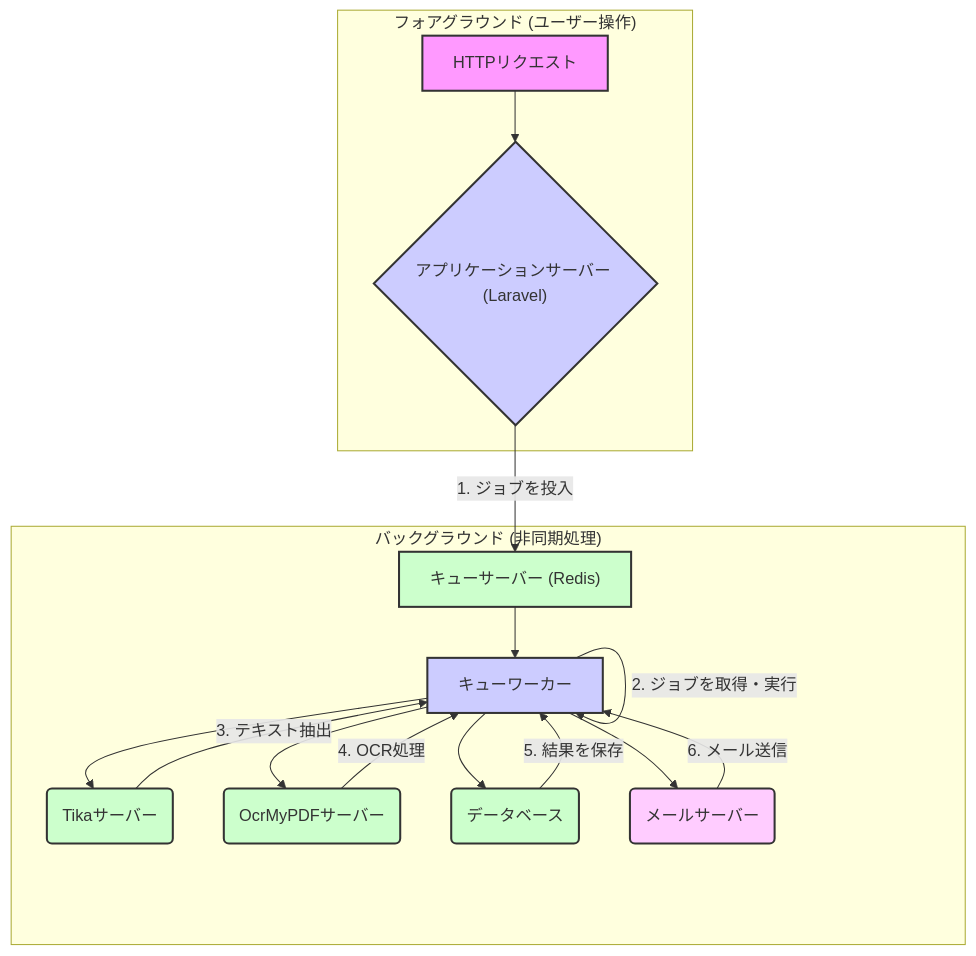
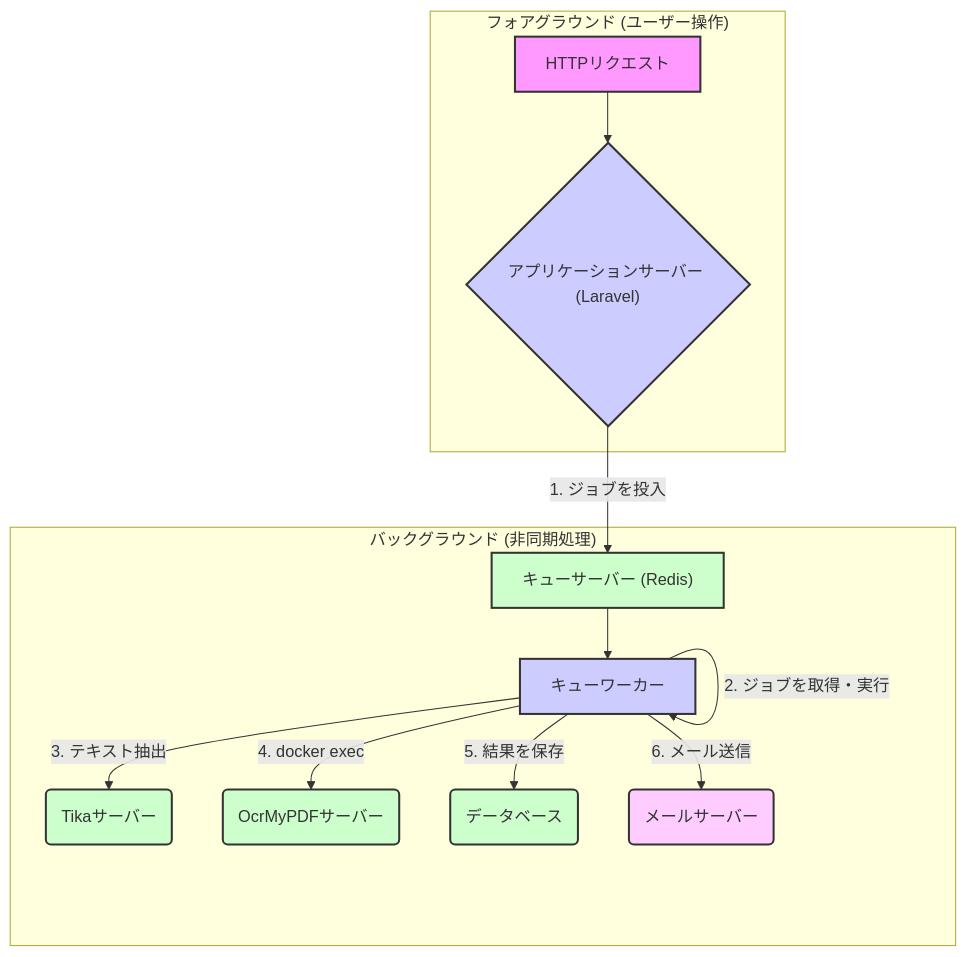
The diagram in docs/architecture/QueueProcessing.md (torinky/LedgerLeap-oss), drawn with Mermaid before and after one commit. The commit also changed other lines of this file and 1 other file, not shown here.

````diff
--- a/docs/architecture/QueueProcessing.md
+++ b/docs/architecture/QueueProcessing.md
@@ -9,30 +9,26 @@
 ```mermaid
 graph TD
     subgraph "フォアグラウンド (ユーザー操作)"
         A[HTTPリクエスト] --> B{"アプリケーションサーバー (Laravel)"}
     end
 
     subgraph "バックグラウンド (非同期処理)"
         D["キューサーバー (Redis)"] --> E[キューワーカー];
-        E --> F(Tikaサーバー);
-        E --> G(OcrMyPDFサーバー);
-        E --> H(データベース);
-        E --> I(メールサーバー);
+        E -- 3. テキスト抽出 --> F(Tikaサーバー);
+        E -- 4. docker exec --> G(OcrMyPDFサーバー);
+        E -- 5. 結果を保存 --> H(データベース);
+        E -- 6. メール送信 --> I(メールサーバー);
     end
 
     B -- 1. ジョブを投入 --> D;
     E -- 2. ジョブを取得・実行 --> E;
-    F -- 3. テキスト抽出 --> E;
-    G -- 4. OCR処理 --> E;
-    H -- 5. 結果を保存 --> E;
-    I -- 6. メール送信 --> E;
 
     style A fill:#f9f,stroke:#333,stroke-width:2px
     style B fill:#ccf,stroke:#333,stroke-width:2px
     style D fill:#cfc,stroke:#333,stroke-width:2px
     style E fill:#ccf,stroke:#333,stroke-width:2px
     style F fill:#cfc,stroke:#333,stroke-width:2px
     style G fill:#cfc,stroke:#333,stroke-width:2px
     style H fill:#cfc,stroke:#333,stroke-width:2px
     style I fill:#fcf,stroke:#333,stroke-width:2px
 ```
````
